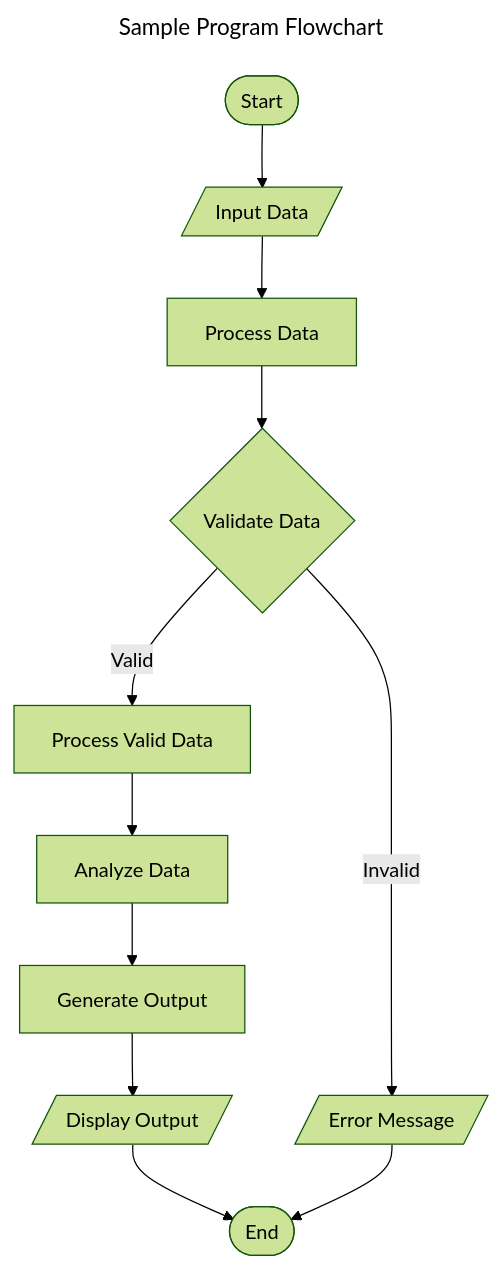
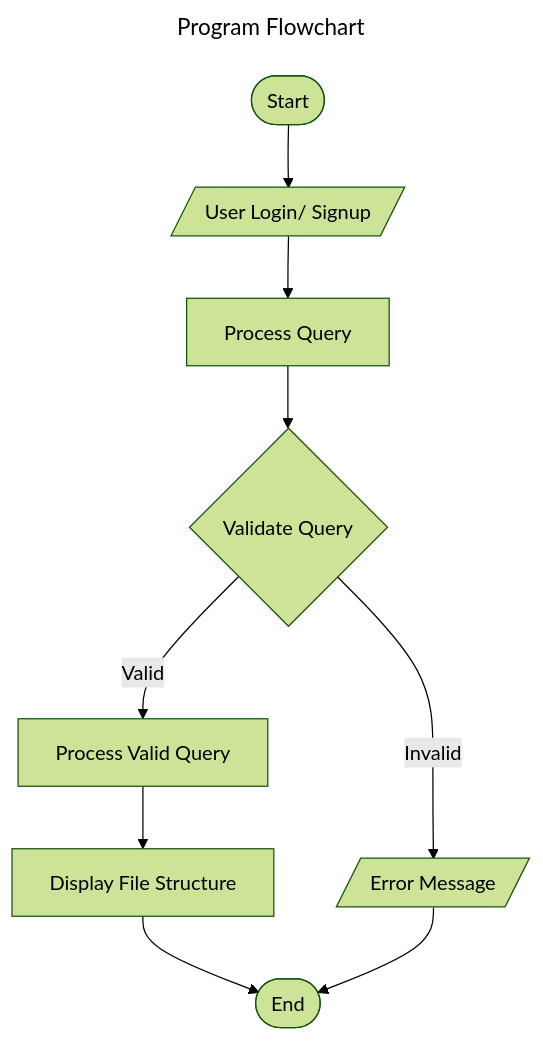
The fourth of 5 diagrams in README.md (amdy87/MySQL-Filesystem), drawn with Mermaid (forest theme) before and after one commit.

Commit message:
Edit Program Flowchart

````diff
--- a/README.md
+++ b/README.md
@@ -194,16 +194,14 @@
 ```mermaid
 ---
-title: Sample Program Flowchart
+title: Program Flowchart
 ---
 graph TD;
-    Start([Start]) --> Input_Data[/Input Data/];
-    Input_Data --> Process_Data[Process Data];
-    Process_Data --> Validate_Data{Validate Data};
-    Validate_Data -->|Valid| Process_Valid_Data[Process Valid Data];
-    Validate_Data -->|Invalid| Error_Message[/Error Message/];
-    Process_Valid_Data --> Analyze_Data[Analyze Data];
-    Analyze_Data --> Generate_Output[Generate Output];
-    Generate_Output --> Display_Output[/Display Output/];
-    Display_Output --> End([End]);
+    Start([Start]) --> User_Auth[/User Login/ Signup/];
+    User_Auth --> Input_Query[Process Query];
+    Input_Query --> Validate_Query{Validate Query};
+    Validate_Query -->|Valid| Process_Valid_Query[Process Valid Query];
+    Validate_Query -->|Invalid| Error_Message[/Error Message/];
+    Process_Valid_Query --> Display_File_Structure[Display File Structure];
+    Display_File_Structure --> End([End]);
     Error_Message --> End;
 ```
````
